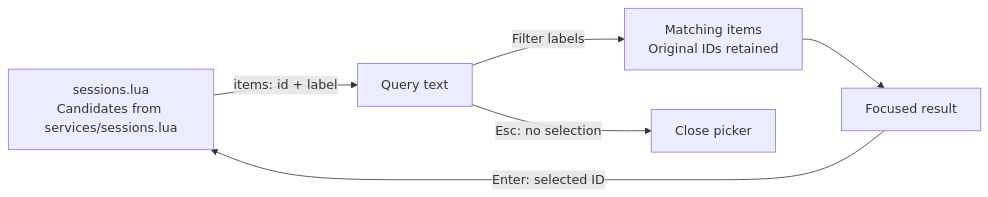
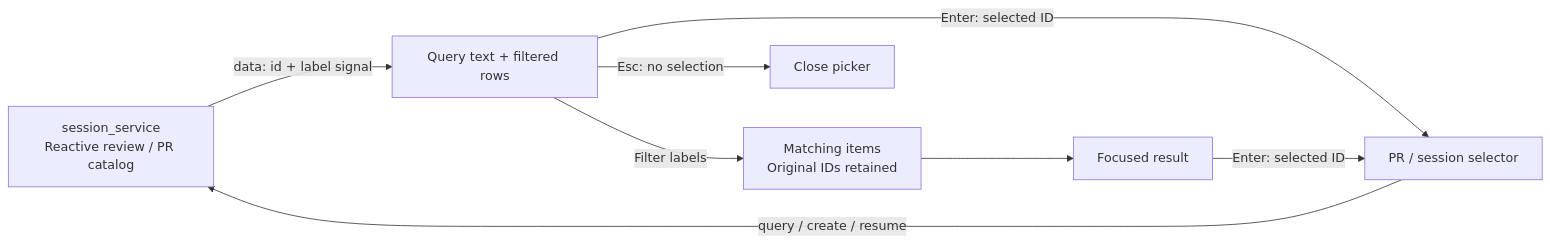
The second of 2 diagrams in docs/architecture/lgtm.nvim/ui/search.md (difflab-io/lgtm), drawn with Mermaid before and after one commit. The commit also changed other lines of this file and 119 other files, not shown here.

First line of the commit message:
refactor(nvim): separate reactive UI and backend review workflows

````diff
--- a/docs/architecture/lgtm.nvim/ui/search.md
+++ b/docs/architecture/lgtm.nvim/ui/search.md
@@ -99,8 +100,10 @@
 ```mermaid
 flowchart LR
-  Controller["sessions.lua<br/>Candidates from services/sessions.lua"] -->|"items: id + label"| Query["Query text"]
+  Service["session_service<br/>Reactive review / PR catalog"] -->|"data: id + label signal"| Query["Query text + filtered rows"]
+  Query -->|"Enter: selected ID"| Feature["PR / session selector"]
+  Feature -->|"query / create / resume"| Service
   Query -->|"Filter labels"| Matches["Matching items<br/>Original IDs retained"]
   Matches --> Highlight["Focused result"]
-  Highlight -->|"Enter: selected ID"| Controller
+  Highlight -->|"Enter: selected ID"| Feature
   Query -->|"Esc: no selection"| Close["Close picker"]
 ```
````
